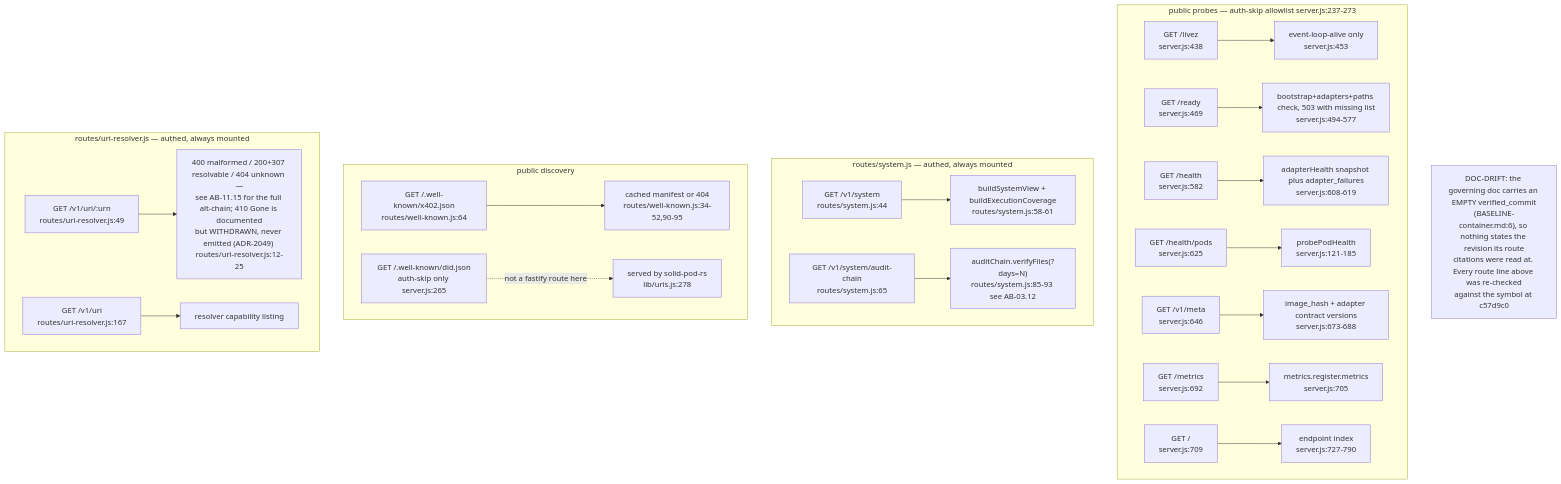
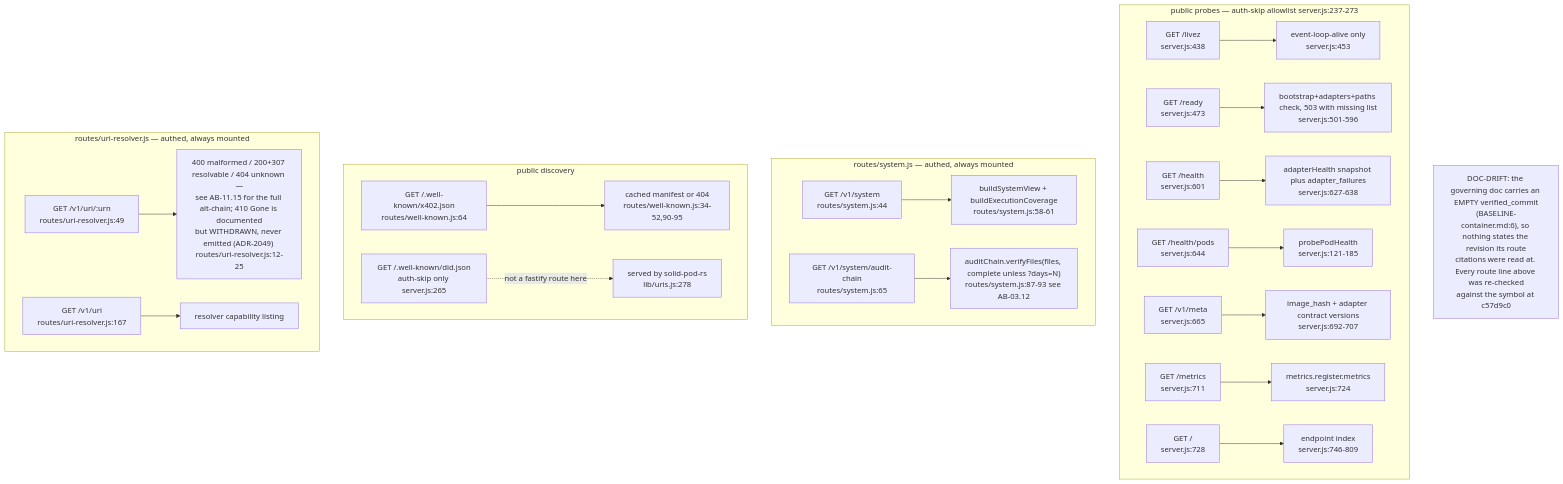
The sixth of 17 diagrams in docs/diagrams/agentbox/03-management-api-request-lifecycle.md (DreamLab-AI/VisionFlow), drawn with Mermaid before and after one commit. The commit also changed other lines of this file and 8 other files, not shown here.

First line of the commit message:
docs(diagrams): re-verify the NIP-98 proxy topics and the custody counts at agentbox 0693c761c (VF-DIAGRAM-NIP98-DRIFT)

````diff
--- a/docs/diagrams/agentbox/03-management-api-request-lifecycle.md
+++ b/docs/diagrams/agentbox/03-management-api-request-lifecycle.md
@@ -291,25 +293,25 @@
 ```mermaid
 flowchart TD
     subgraph probes["public probes — auth-skip allowlist server.js:237-273"]
         A1["GET /livez<br/>server.js:438"] --> H1["event-loop-alive only<br/>server.js:453"]
-        A2["GET /ready<br/>server.js:469"] --> H2["bootstrap+adapters+paths check, 503 with missing list<br/>server.js:494-577"]
-        A3["GET /health<br/>server.js:582"] --> H3["adapterHealth snapshot plus adapter_failures<br/>server.js:608-619"]
-        A4["GET /health/pods<br/>server.js:625"] --> H4["probePodHealth<br/>server.js:121-185"]
-        A5["GET /v1/meta<br/>server.js:646"] --> H5["image_hash + adapter contract versions<br/>server.js:673-688"]
-        A6["GET /metrics<br/>server.js:692"] --> H6["metrics.register.metrics<br/>server.js:705"]
-        A7["GET /<br/>server.js:709"] --> H7["endpoint index<br/>server.js:727-790"]
+        A2["GET /ready<br/>server.js:473"] --> H2["bootstrap+adapters+paths check, 503 with missing list<br/>server.js:501-596"]
+        A3["GET /health<br/>server.js:601"] --> H3["adapterHealth snapshot plus adapter_failures<br/>server.js:627-638"]
+        A4["GET /health/pods<br/>server.js:644"] --> H4["probePodHealth<br/>server.js:121-185"]
+        A5["GET /v1/meta<br/>server.js:665"] --> H5["image_hash + adapter contract versions<br/>server.js:692-707"]
+        A6["GET /metrics<br/>server.js:711"] --> H6["metrics.register.metrics<br/>server.js:724"]
+        A7["GET /<br/>server.js:728"] --> H7["endpoint index<br/>server.js:746-809"]
     end
     subgraph sysroutes["routes/system.js — authed, always mounted"]
         B1["GET /v1/system<br/>routes/system.js:44"] --> HB1["buildSystemView + buildExecutionCoverage<br/>routes/system.js:58-61"]
-        B2["GET /v1/system/audit-chain<br/>routes/system.js:65"] --> HB2["auditChain.verifyFiles(?days=N)<br/>routes/system.js:85-93 see AB-03.12"]
+        B2["GET /v1/system/audit-chain<br/>routes/system.js:65"] --> HB2["auditChain.verifyFiles(files, complete unless ?days=N)<br/>routes/system.js:87-93 see AB-03.12"]
     end
     subgraph wellknown["public discovery"]
         C1["GET /.well-known/x402.json<br/>routes/well-known.js:64"] --> HC1["cached manifest or 404<br/>routes/well-known.js:34-52,90-95"]
         C2["GET /.well-known/did.json<br/>auth-skip only server.js:265"] -.->|"not a fastify route here"| HC2["served by solid-pod-rs<br/>lib/uris.js:278"]
     end
     subgraph uri["routes/uri-resolver.js — authed, always mounted"]
         D1["GET /v1/uri/:urn<br/>routes/uri-resolver.js:49"] --> HD1["400 malformed / 200+307 resolvable / 404 unknown —<br/>see AB-11.15 for the full alt-chain; 410 Gone is documented<br/>but WITHDRAWN, never emitted (ADR-2049) routes/uri-resolver.js:12-25"]
         D2["GET /v1/uri<br/>routes/uri-resolver.js:167"] --> HD2["resolver capability listing"]
     end
     Note1["DOC-DRIFT: the governing doc carries an EMPTY verified_commit<br/>(BASELINE-container.md:6), so nothing states the revision its route<br/>citations were read at. Every route line above was re-checked<br/>against the symbol at c57d9c0"]
 ```
````
